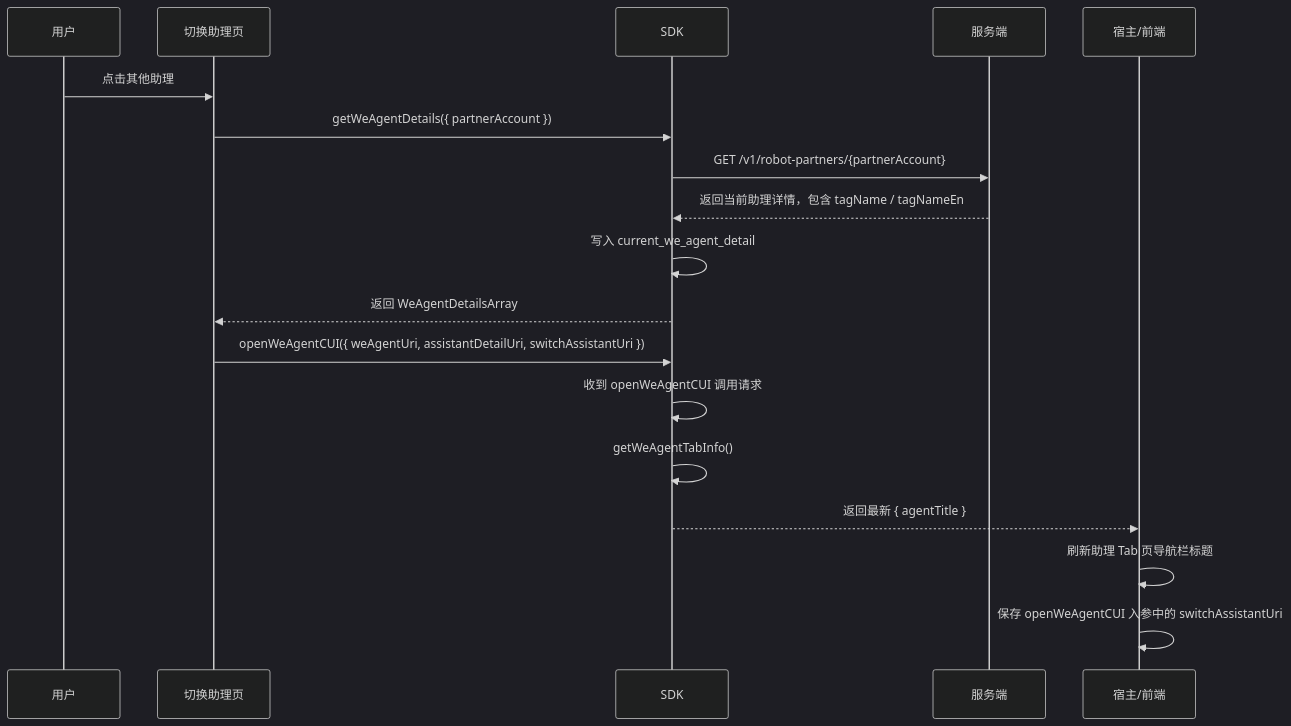
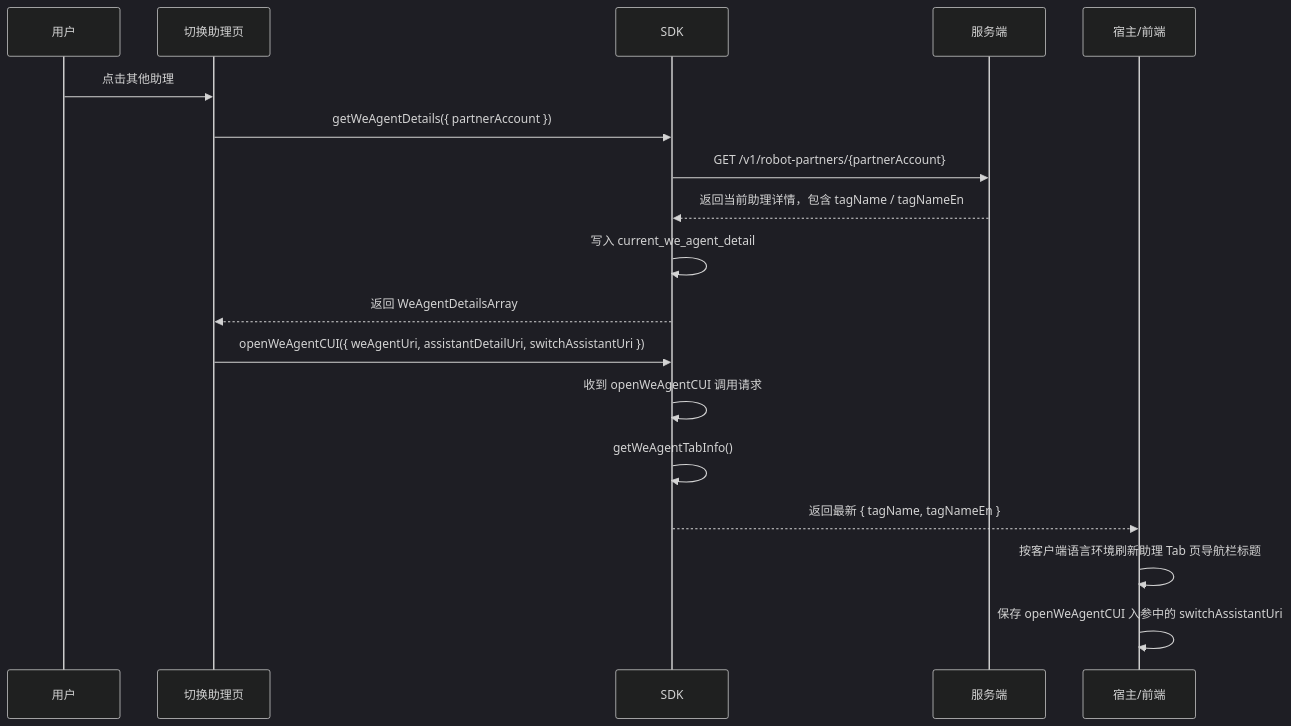
Before and after one commit to Abelsjcheng/skillSDK: the sixth of 7 diagrams in 2026-06-16-we-agent-tab-business-tag-plan.md, drawn with Mermaid (dark theme). The commit also changed other lines of this file and 1 other file, not shown here.

````diff
--- a/2026-06-16-we-agent-tab-business-tag-plan.md
+++ b/2026-06-16-we-agent-tab-business-tag-plan.md
@@ -147,21 +148,21 @@
 ```mermaid
 sequenceDiagram
     participant User as 用户
     participant Switch as 切换助理页
     participant SDK as SDK
     participant Server as 服务端
     participant Host as 宿主/前端
 
     User->>Switch: 点击其他助理
     Switch->>SDK: getWeAgentDetails({ partnerAccount })
     SDK->>Server: GET /v1/robot-partners/{partnerAccount}
     Server-->>SDK: 返回当前助理详情，包含 tagName / tagNameEn
     SDK->>SDK: 写入 current_we_agent_detail
     SDK-->>Switch: 返回 WeAgentDetailsArray
     Switch->>SDK: openWeAgentCUI({ weAgentUri, assistantDetailUri, switchAssistantUri })
     SDK->>SDK: 收到 openWeAgentCUI 调用请求
     SDK->>SDK: getWeAgentTabInfo()
-    SDK-->>Host: 返回最新 { agentTitle }
-    Host->>Host: 刷新助理 Tab 页导航栏标题
+    SDK-->>Host: 返回最新 { tagName, tagNameEn }
+    Host->>Host: 按客户端语言环境刷新助理 Tab 页导航栏标题
     Host->>Host: 保存 openWeAgentCUI 入参中的 switchAssistantUri
 ```
````
